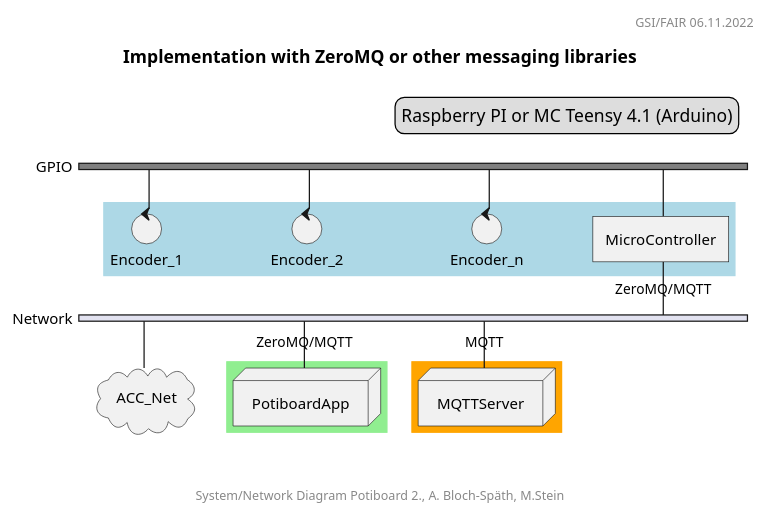
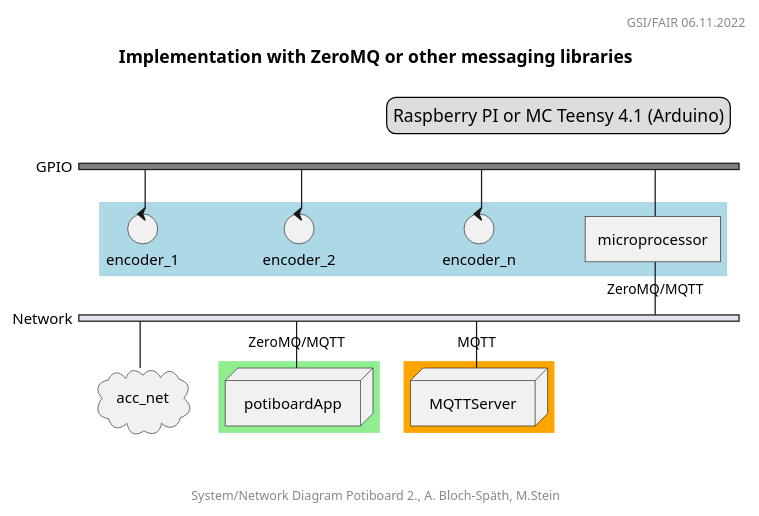
One commit to steinmartin/encoder-positions-docs changed the diagram in plantuml/potiboard_network_02.puml. Above: the diagram before and after it, drawn with PlantUML. The commit also changed 17 other files, not shown here.

```diff
--- a/plantuml/potiboard_network_02.puml
+++ b/plantuml/potiboard_network_02.puml
@@ -1,43 +1,43 @@
 @startuml
 
 header GSI/FAIR 06.11.2022
 footer System/Network Diagram Potiboard 2., A. Bloch-Späth, M.Stein
 title Implementation with ZeroMQ or other messaging libraries
 
  legend top right
    Raspberry PI or MC Teensy 4.1 (Arduino)
  endlegend
 
 nwdiag {
   network GPIO {
     group {
       color = "lightblue";
-       Encoder_1;
-       Encoder_2;
-       Encoder_n;
-       MicroController;
+       encoder_1;
+       encoder_2;
+       encoder_n;
+       microprocessor;
     }
 
     color = "gray"
-    Encoder_1 [shape = control];
-    Encoder_2 [shape = control];
-    Encoder_n [shape = control];
-    MicroController [shape = component];
+    encoder_1 [shape = control];
+    encoder_2 [shape = control];
+    encoder_n [shape = control];
+    microprocessor [shape = component];
   }
 
   network Network {
     group {
       color = "lightgreen";
-      PotiboardApp;
+      potiboardApp;
     }
     group {
       color = "orange";
       MQTTServer;
     }
-  ACC_Net [shape = cloud];
-      PotiboardApp [shape = node, address = ZeroMQ/MQTT];
+  acc_net [shape = cloud];
+      potiboardApp [shape = node, address = ZeroMQ/MQTT];
       MQTTServer [shape = node, address = MQTT];
-      MicroController [address = ZeroMQ/MQTT];
+      microprocessor [address = ZeroMQ/MQTT];
   }
 }
 @enduml
```
